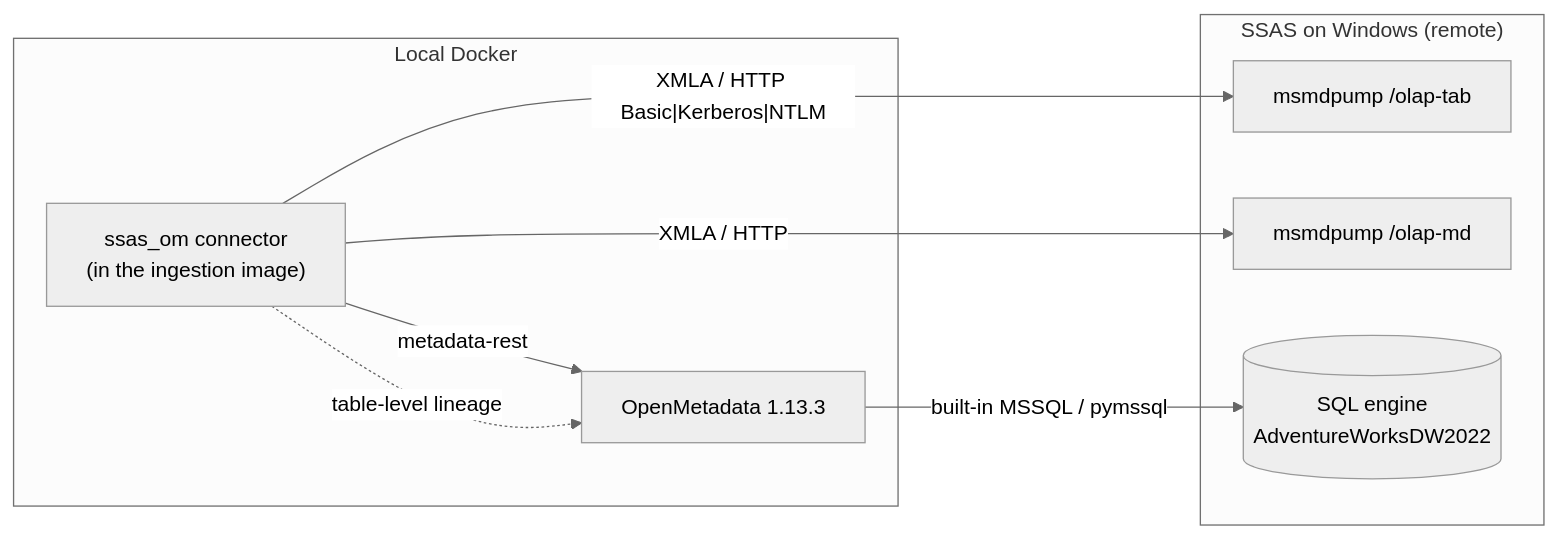
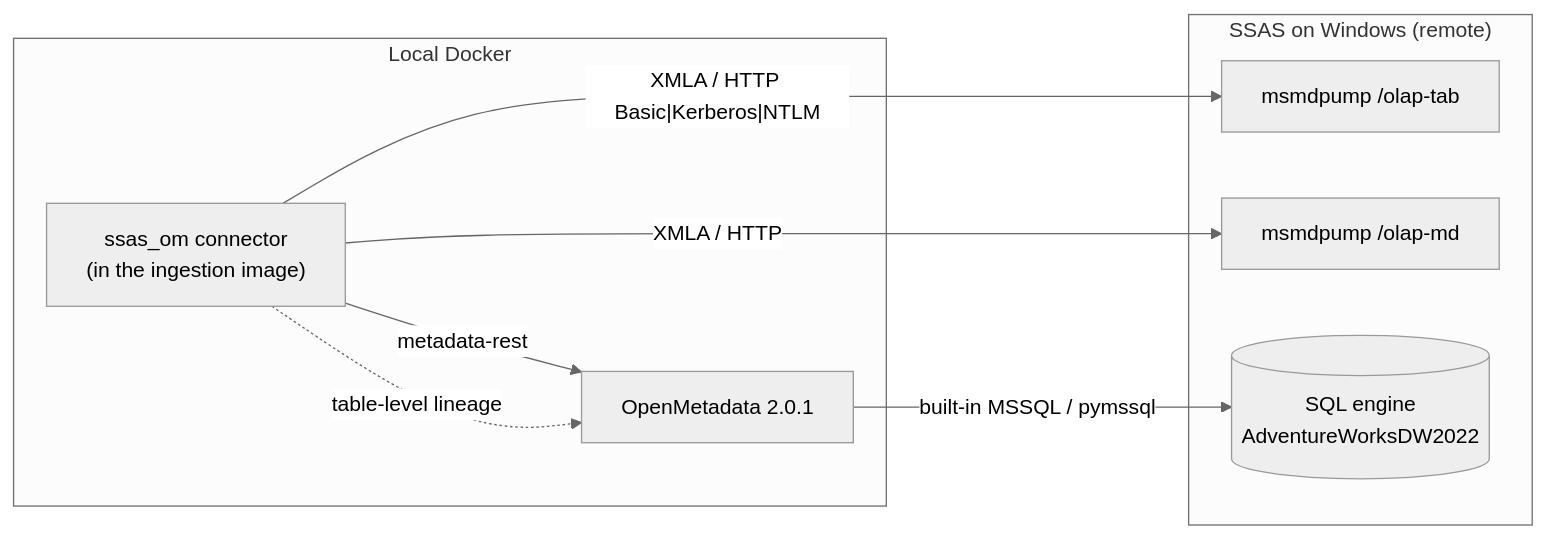
One commit to oluies/ssas-openmetadata-connector changed the first of 3 diagrams in README.md. Above: the diagram before and after it, drawn with Mermaid (neutral theme). The commit also changed other lines of this file and 16 other files, not shown here.

````diff
--- a/README.md
+++ b/README.md
@@ -35,17 +35,17 @@
 ```mermaid
 flowchart LR
     subgraph SSAS["SSAS on Windows (remote)"]
         pumpT["msmdpump /olap-tab"]
         pumpM["msmdpump /olap-md"]
         sql[("SQL engine\nAdventureWorksDW2022")]
     end
     subgraph Local["Local Docker"]
         conn["ssas_om connector\n(in the ingestion image)"]
-        om["OpenMetadata 1.13.3"]
+        om["OpenMetadata 2.0.1"]
     end
     conn -- "XMLA / HTTP Basic|Kerberos|NTLM" --> pumpT
     conn -- "XMLA / HTTP" --> pumpM
     om -- "built-in MSSQL / pymssql" --> sql
     conn -- "metadata-rest" --> om
     conn -. "table-level lineage" .-> om
 ```
````
